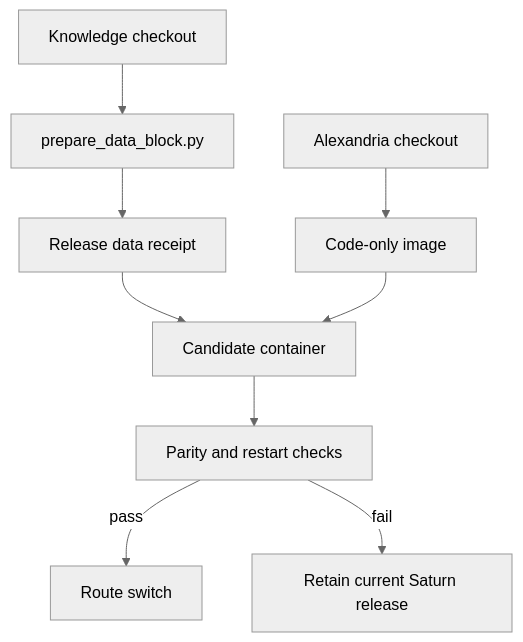
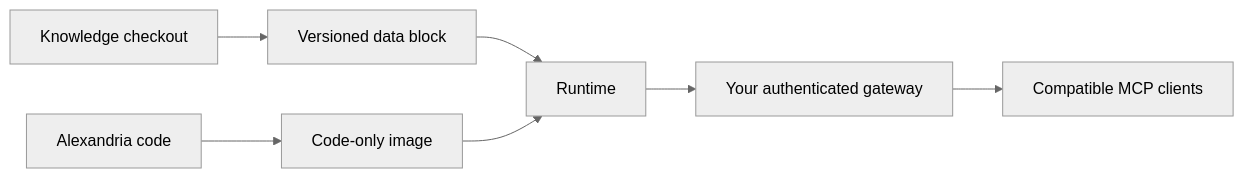
The diagram in deployment/README.md (piyushsatti/alexandria), drawn with Mermaid (neutral theme) before and after one commit. The commit also changed other lines of this file and 131 other files, not shown here.

````diff
--- a/deployment/README.md
+++ b/deployment/README.md
@@ -19,11 +9,9 @@
 ```mermaid
-flowchart TD
-    K[Knowledge checkout] --> P[prepare_data_block.py]
-    P --> D[Release data receipt]
-    A[Alexandria checkout] --> I[Code-only image]
-    D --> C[Candidate container]
-    I --> C
-    C --> V[Parity and restart checks]
-    V -->|pass| R[Route switch]
-    V -->|fail| B[Retain current Saturn release]
+flowchart LR
+    K[Knowledge checkout] --> D[Versioned data block]
+    A[Alexandria code] --> I[Code-only image]
+    D --> R[Runtime]
+    I --> R
+    R --> G[Your authenticated gateway]
+    G --> C[Compatible MCP clients]
 ```
````
